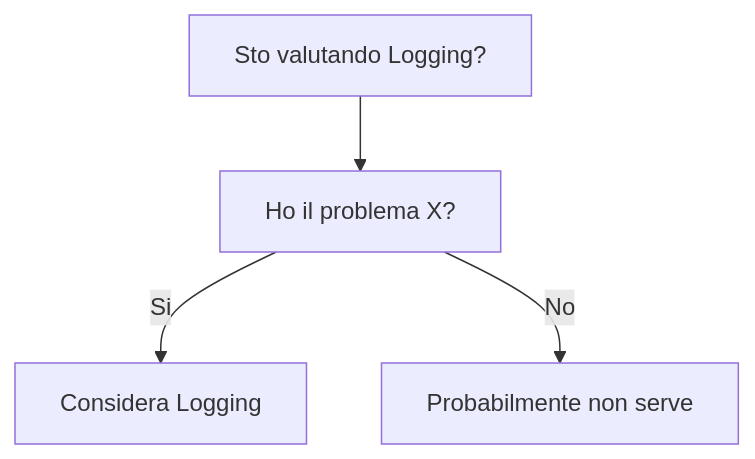
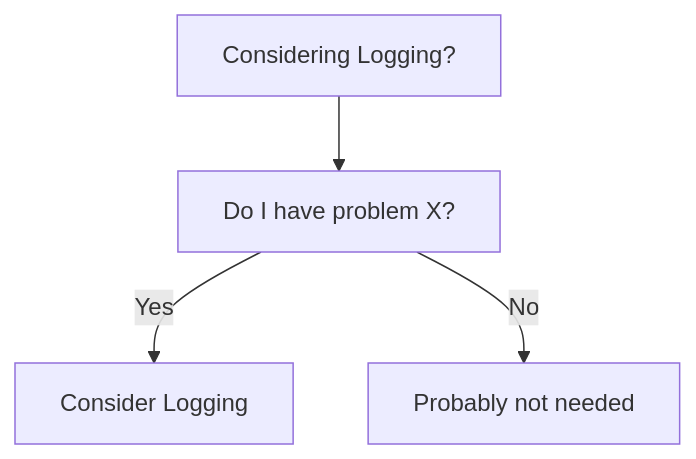
One commit to HxT9/Software-Dev-Wiki changed the diagram in dev-wiki/12_Observability/Logging/When_To_Use.md. Above: the diagram before and after it, drawn with Mermaid. The commit also changed other lines of this file and 3444 other files, not shown here.

````diff
--- a/dev-wiki/12_Observability/Logging/When_To_Use.md
+++ b/dev-wiki/12_Observability/Logging/When_To_Use.md
@@ -19,6 +19,6 @@
 ```mermaid
 flowchart TD
-  Q[Sto valutando Logging?] --> Q1[Ho il problema X?]
-  Q1 -->|Si| OK[Considera Logging]
-  Q1 -->|No| NO[Probabilmente non serve]
+  Q[Considering Logging?] --> Q1[Do I have problem X?]
+  Q1 -->|Yes| OK[Consider Logging]
+  Q1 -->|No| NO[Probably not needed]
 ```
````
